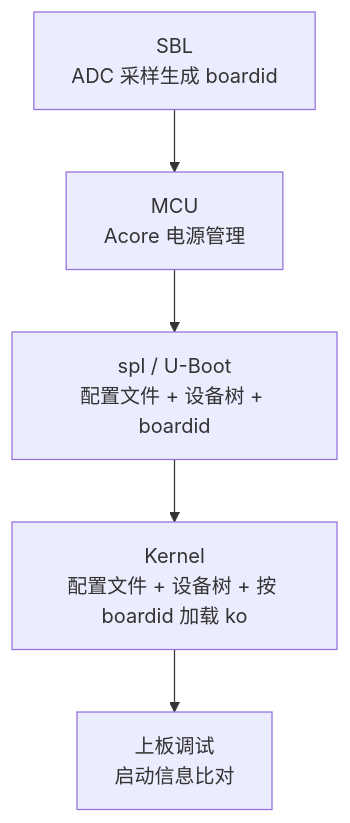
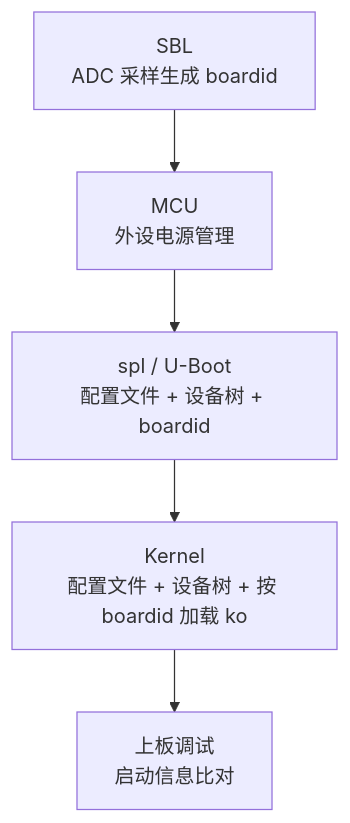
One commit to D-Robotics/rdk_s_doc changed the diagram in docs/07_Advanced_development/02_board_bringup/02_rdk_s600_bringup.md. Above: the diagram before and after it, drawn with Mermaid. The commit also changed other lines of this file and 1 other file, not shown here.

First line of the commit message:
docs(board_bringup): [cr_id_skip] Add boardid detail, ADC divider tables and FAQ

````diff
--- a/docs/07_Advanced_development/02_board_bringup/02_rdk_s600_bringup.md
+++ b/docs/07_Advanced_development/02_board_bringup/02_rdk_s600_bringup.md
@@ -37,7 +63,7 @@
 ```mermaid
 flowchart TD
-    A["SBL<br/>ADC 采样生成 boardid"] --> B["MCU<br/>Acore 电源管理"]
+    A["SBL<br/>ADC 采样生成 boardid"] --> B["MCU<br/>外设电源管理"]
     B --> C["spl / U-Boot<br/>配置文件 + 设备树 + boardid"]
     C --> D["Kernel<br/>配置文件 + 设备树 + 按 boardid 加载 ko"]
     D --> E["上板调试<br/>启动信息比对"]
 ```
````
